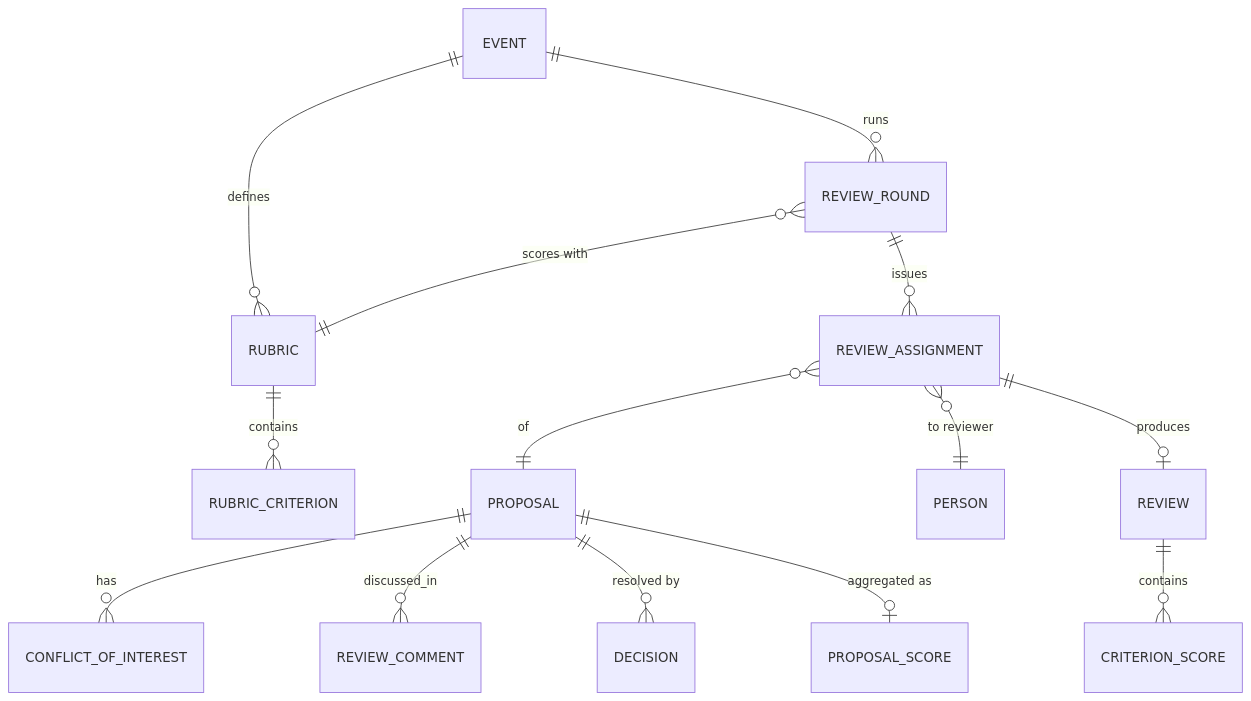
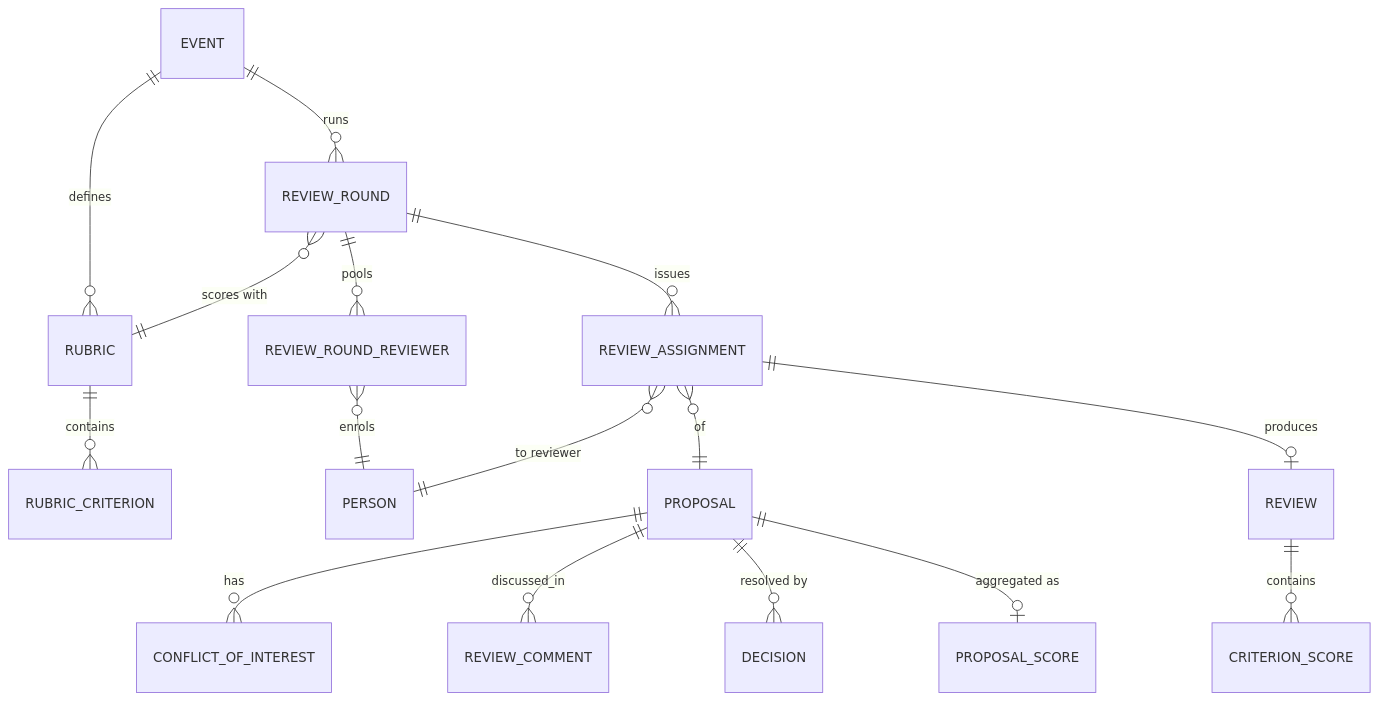
The first of 3 diagrams in docs/domain/05-review-and-selection.md (sameersegal/Podium), drawn with Mermaid before and after one commit. The commit also changed other lines of this file and 15 other files, not shown here.

````diff
--- a/docs/domain/05-review-and-selection.md
+++ b/docs/domain/05-review-and-selection.md
@@ -11,16 +11,18 @@
 ```mermaid
 erDiagram
   EVENT ||--o{ REVIEW_ROUND : runs
   EVENT ||--o{ RUBRIC : defines
   RUBRIC ||--o{ RUBRIC_CRITERION : contains
   REVIEW_ROUND }o--|| RUBRIC : "scores with"
+  REVIEW_ROUND ||--o{ REVIEW_ROUND_REVIEWER : pools
+  REVIEW_ROUND_REVIEWER }o--|| PERSON : "enrols"
   REVIEW_ROUND ||--o{ REVIEW_ASSIGNMENT : issues
   REVIEW_ASSIGNMENT }o--|| PROPOSAL : "of"
   REVIEW_ASSIGNMENT }o--|| PERSON : "to reviewer"
   REVIEW_ASSIGNMENT ||--o| REVIEW : produces
   REVIEW ||--o{ CRITERION_SCORE : contains
   PROPOSAL ||--o{ CONFLICT_OF_INTEREST : has
   PROPOSAL ||--o{ REVIEW_COMMENT : discussed_in
   PROPOSAL ||--o{ DECISION : "resolved by"
   PROPOSAL ||--o| PROPOSAL_SCORE : "aggregated as"
 ```
````
